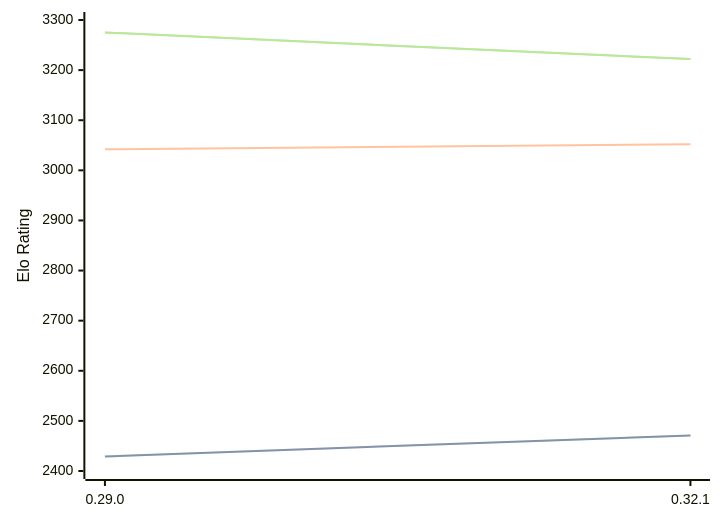
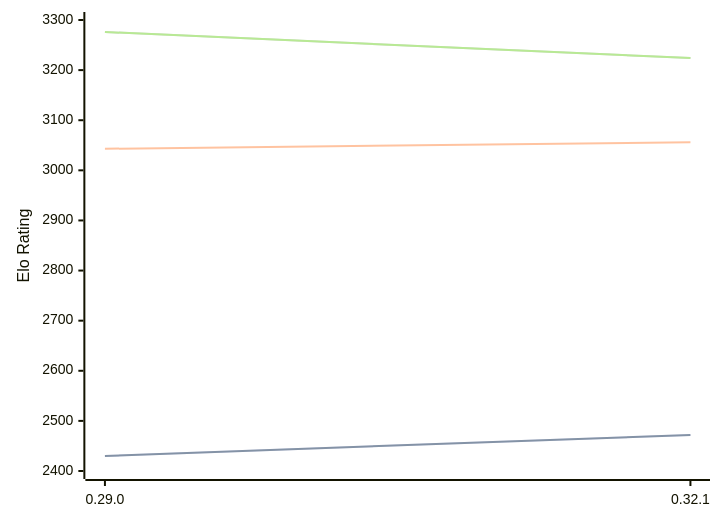
Before and after one commit to computer-chess-index/cci: the diagram in engines/Lc0.md, drawn with Mermaid. The commit also changed other lines of this file, not shown here.

Commit message:
Update CCI Ratings (ELO VLTC) - 2026-05-06

````diff
--- a/engines/Lc0.md
+++ b/engines/Lc0.md
@@ -68,11 +68,11 @@
 ```mermaid
 %%{init: {"theme":"base","themeVariables":{"seriesColors:['#a3a3a3','#222221','#faa371']}}}%%
 xychart-beta
   x-axis ["0.29.0", "0.32.1"]
   y-axis "Elo Rating" 2400 --> 3300
-  line "STC (8.0+0.08s)" [2429, 2471]
-  line "STC (8.0+0.08s)" [2429, 2471]
-  line "LTC (60.0+0.60s)" [3042, 3052]
-  line "VLTC (2m24s+1.12s)" [3275, 3222]
-  line "VLTC (2m24s+1.12s)" [3275, 3222]
+  line "STC (8.0+0.08s)" [2430, 2472]
+  line "STC (8.0+0.08s)" [2430, 2472]
+  line "LTC (60.0+0.60s)" [3043, 3056]
+  line "VLTC (2m24s+1.12s)" [3276, 3224]
+  line "VLTC (2m24s+1.12s)" [3276, 3224]
 ```
````
